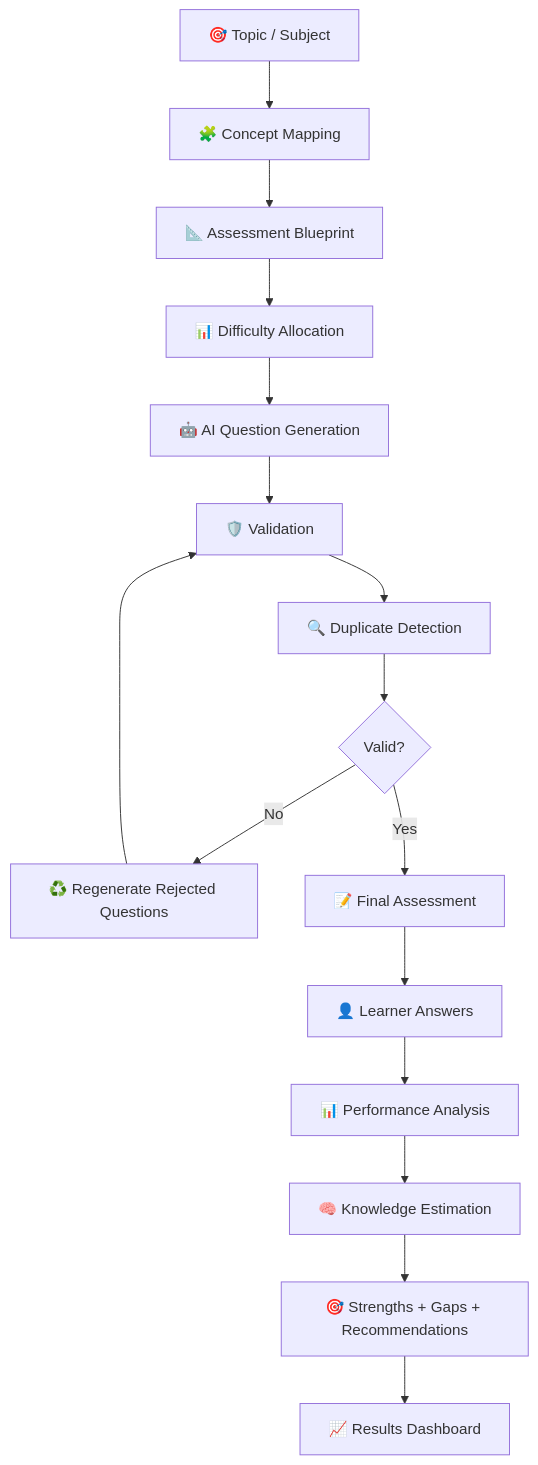
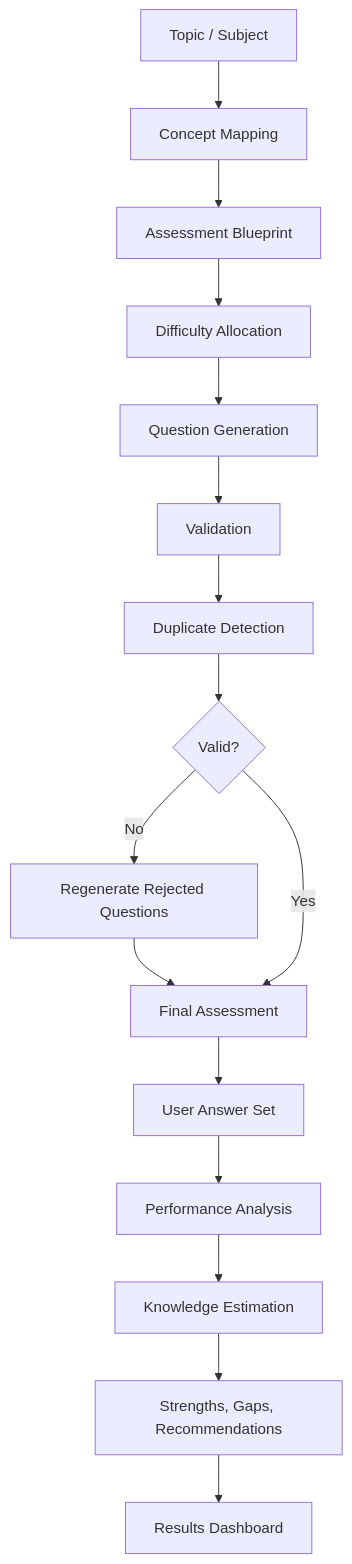
Before and after one commit to tahaullah-dev/KNOWLYST: the diagram in README.md, drawn with Mermaid. The commit also changed other lines of this file, not shown here.

````diff
--- a/README.md
+++ b/README.md
@@ -131,25 +35,18 @@
 ```mermaid
 flowchart TD
-
-    A["🎯 Topic / Subject"] --> B["🧩 Concept Mapping"]
-    B --> C["📐 Assessment Blueprint"]
-    C --> D["📊 Difficulty Allocation"]
-    D --> E["🤖 AI Question Generation"]
-
-    E --> F["🛡️ Validation"]
-    F --> G["🔍 Duplicate Detection"]
-
-    G --> H{"Valid?"}
-
-    H -- "No" --> I["♻️ Regenerate Rejected Questions"]
-    I --> F
-
-    H -- "Yes" --> J["📝 Final Assessment"]
-
-    J --> K["👤 Learner Answers"]
-    K --> L["📊 Performance Analysis"]
-
-    L --> M["🧠 Knowledge Estimation"]
-    M --> N["🎯 Strengths + Gaps + Recommendations"]
-    N --> O["📈 Results Dashboard"]
+    A[Topic / Subject] --> B[Concept Mapping]
+    B --> C[Assessment Blueprint]
+    C --> D[Difficulty Allocation]
+    D --> E[Question Generation]
+    E --> F[Validation]
+    F --> G[Duplicate Detection]
+    G --> H{Valid?}
+    H -- No --> I[Regenerate Rejected Questions]
+    I --> J[Final Assessment]
+    H -- Yes --> J
+    J --> K[User Answer Set]
+    K --> L[Performance Analysis]
+    L --> M[Knowledge Estimation]
+    M --> N[Strengths, Gaps, Recommendations]
+    N --> O[Results Dashboard]
 ```
````
